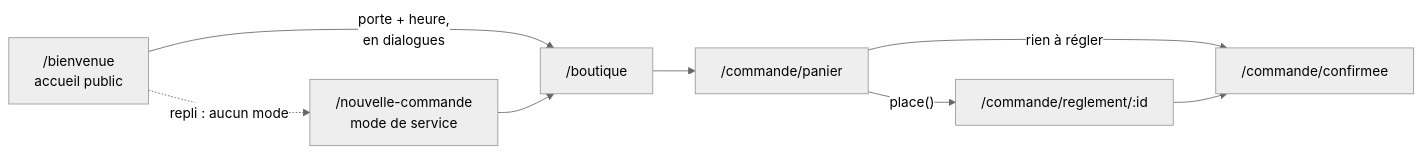
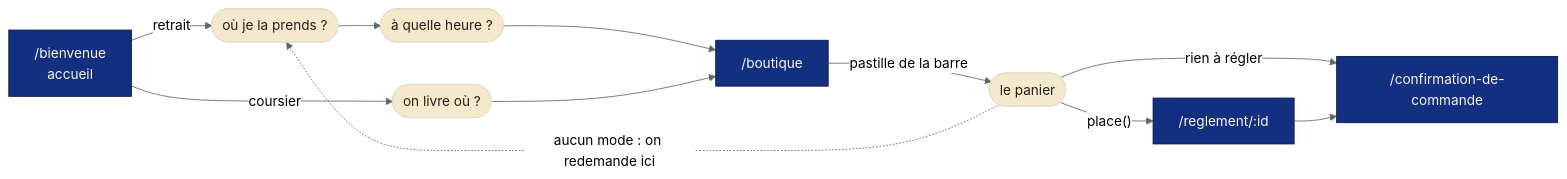
Before and after one commit to hugoheynard/lfd: the second of 4 diagrams in documentation/order/flux-de-commande.md, drawn with Mermaid (neutral theme). The commit also changed other lines of this file, not shown here.

First line of the commit message:
docs(order): le schéma du tunnel dit enfin ce qu'il est — trois adresses, quatre dialogues

````diff
--- a/documentation/order/flux-de-commande.md
+++ b/documentation/order/flux-de-commande.md
@@ -96,10 +103,25 @@
 ```mermaid
 flowchart LR
-    B["/bienvenue<br/>accueil public"] -->|"porte + heure,<br/>en dialogues"| K["/boutique"]
-    B -.->|"repli : aucun mode"| S["/nouvelle-commande<br/>mode de service"]
-    S --> K
-    K --> PA["/commande/panier"]
-    PA -->|"place()"| R["/commande/reglement/:id"]
-    PA -->|"rien à régler"| CF["/commande/confirmee"]
+    B["/bienvenue<br/>accueil"]
+    K["/boutique"]
+    R["/reglement/:id"]
+    CF["/confirmation-de-commande"]
+
+    OU(["où je la prends ?"])
+    QD(["à quelle heure ?"])
+    LI(["on livre où ?"])
+    PA(["le panier"])
+
+    B -->|"retrait"| OU --> QD --> K
+    B -->|"coursier"| LI --> K
+    K -->|"pastille de la barre"| PA
+    PA -.->|"aucun mode : on redemande ici"| OU
+    PA -->|"place()"| R
+    PA -->|"rien à régler"| CF
     R --> CF
+
+    classDef ecran fill:#12307f,color:#faf5ec,stroke:#081842;
+    classDef dialogue fill:#f6e8cd,color:#23201a,stroke:#e5dcc9;
+    class B,K,R,CF ecran;
+    class OU,QD,LI,PA dialogue;
 ```
````
